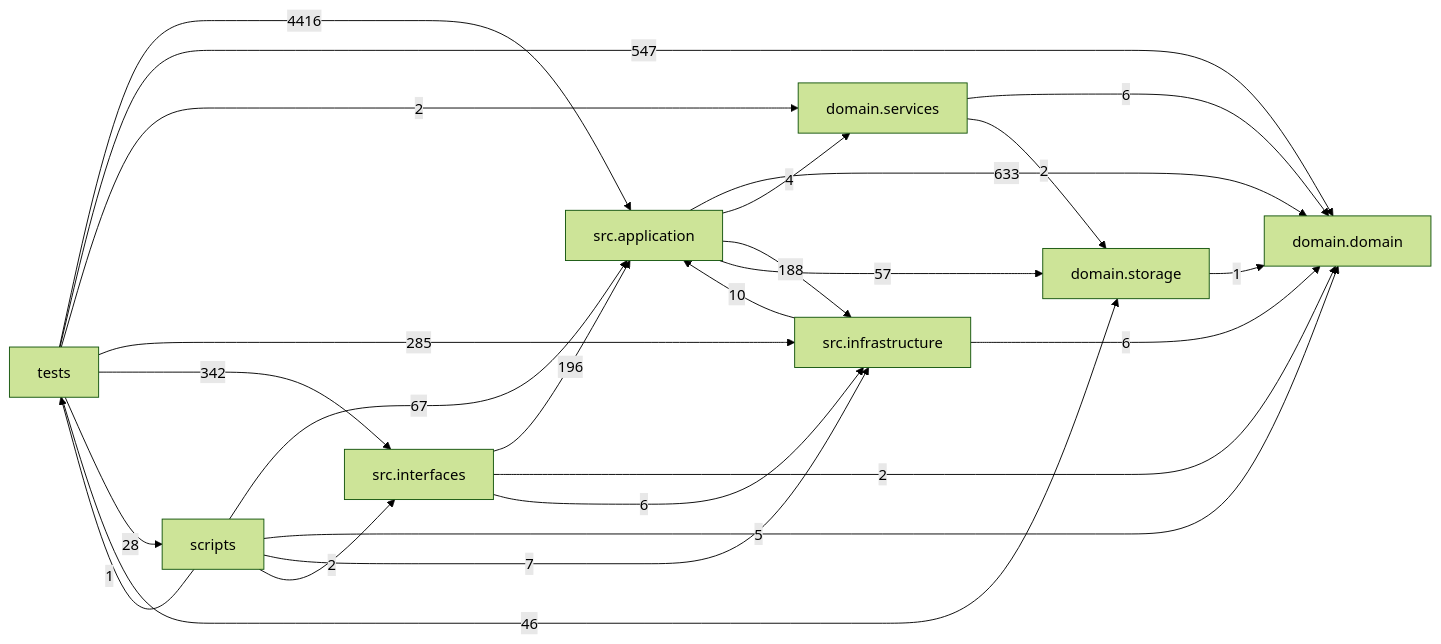
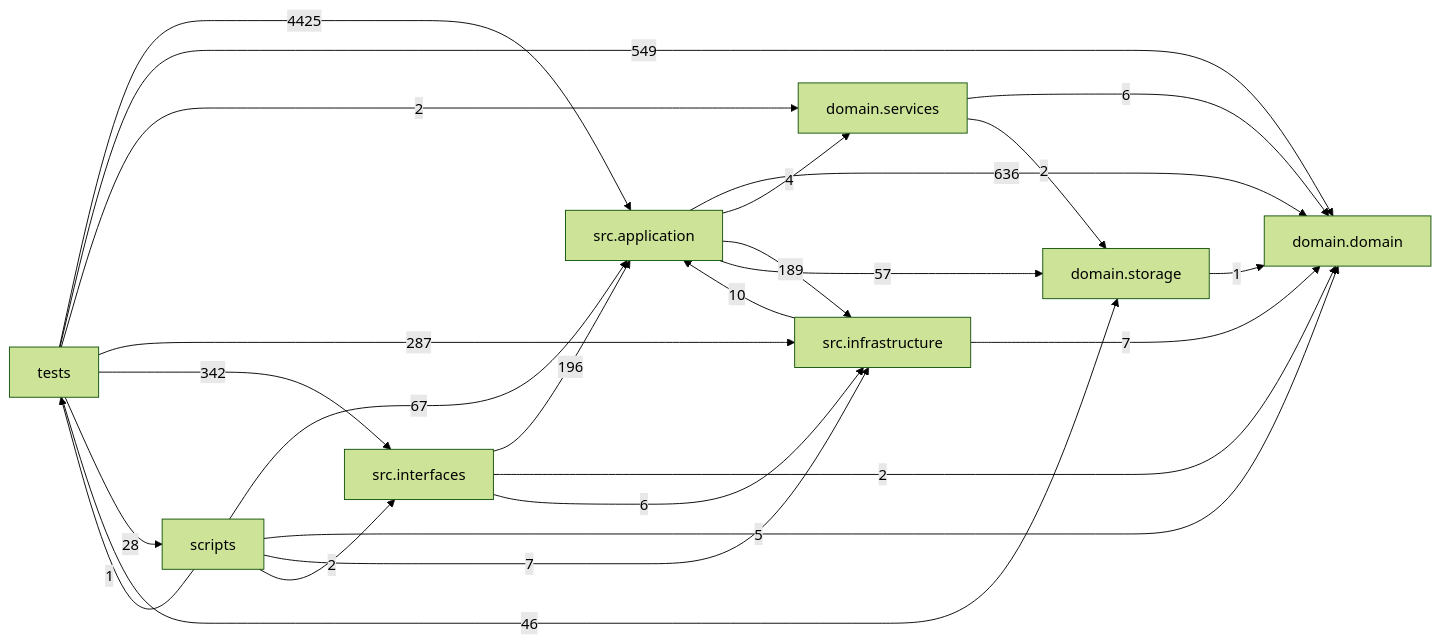
Before and after one commit to liuxie066/options-monitor: the diagram in docs/DEPENDENCY_GRAPH.md, drawn with Mermaid (forest theme). The commit also changed other lines of this file and 12 other files, not shown here.

````diff
--- a/docs/DEPENDENCY_GRAPH.md
+++ b/docs/DEPENDENCY_GRAPH.md
@@ -24,35 +24,35 @@
 ```mermaid
 flowchart LR
   tests["tests"]
   scripts["scripts"]
   interfaces["src.interfaces"]
   application["src.application"]
   infrastructure["src.infrastructure"]
   domain_services["domain.services"]
   domain["domain.domain"]
   storage["domain.storage"]
-  application -->|633| domain
+  application -->|636| domain
   application -->|4| domain_services
-  application -->|188| infrastructure
+  application -->|189| infrastructure
   application -->|57| storage
   domain_services -->|6| domain
   domain_services -->|2| storage
   infrastructure -->|10| application
-  infrastructure -->|6| domain
+  infrastructure -->|7| domain
   interfaces -->|196| application
   interfaces -->|2| domain
   interfaces -->|6| infrastructure
   scripts -->|67| application
   scripts -->|5| domain
   scripts -->|7| infrastructure
   scripts -->|2| interfaces
   scripts -->|1| tests
   storage -->|1| domain
-  tests -->|4416| application
-  tests -->|547| domain
+  tests -->|4425| application
+  tests -->|549| domain
   tests -->|2| domain_services
-  tests -->|285| infrastructure
+  tests -->|287| infrastructure
   tests -->|342| interfaces
   tests -->|28| scripts
   tests -->|46| storage
 ```
````
